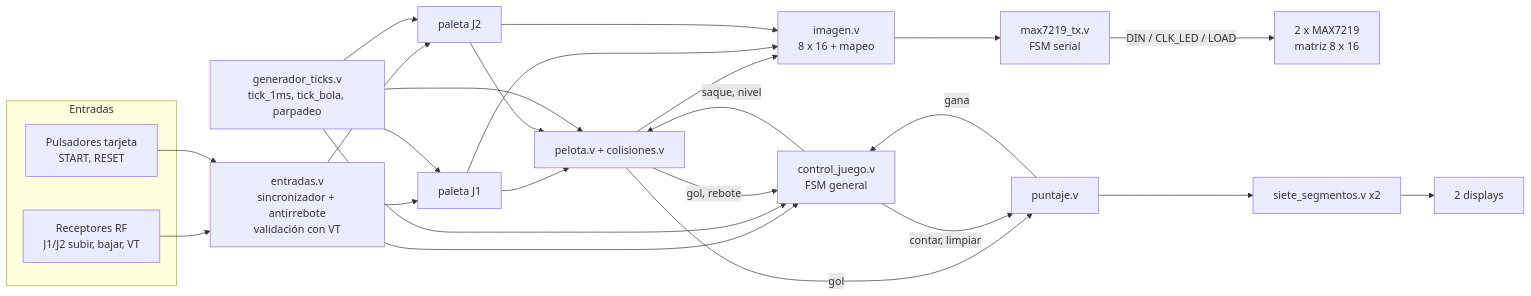
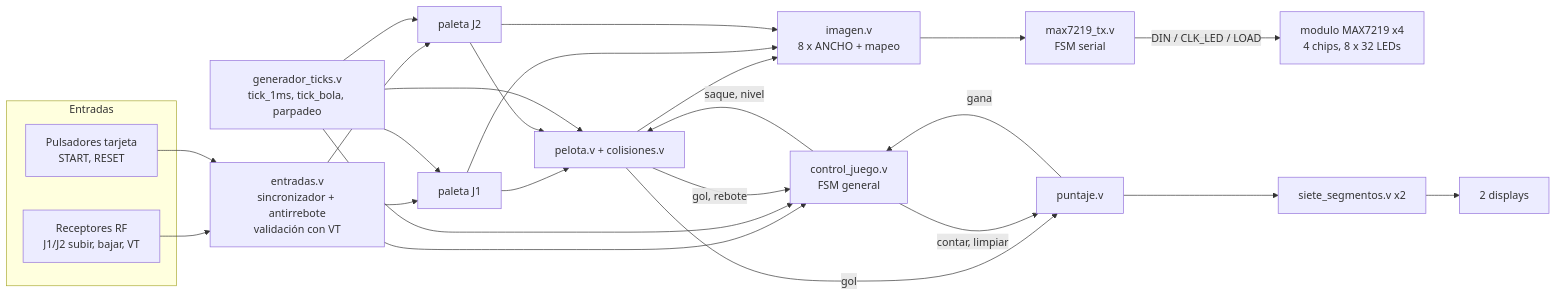
One commit to dcastrogon-coder/pong-fpga-digital1 changed the first of 3 diagrams in docs/diseno_logico.md. Above: the diagram before and after it, drawn with Mermaid. The commit also changed other lines of this file and 35 other files, not shown here.

````diff
--- a/docs/diseno_logico.md
+++ b/docs/diseno_logico.md
@@ -16,31 +17,31 @@
 ```mermaid
 flowchart LR
     subgraph Entradas
         RF[Receptores RF<br/>J1/J2 subir, bajar, VT]
         BT[Pulsadores tarjeta<br/>START, RESET]
     end
     RF --> ENT[entradas.v<br/>sincronizador + antirrebote<br/>validación con VT]
     BT --> ENT
     TICKS[generador_ticks.v<br/>tick_1ms, tick_bola, parpadeo]
     ENT --> PAL1[paleta J1]
     ENT --> PAL2[paleta J2]
     ENT --> FSM[control_juego.v<br/>FSM general]
     PAL1 --> PEL[pelota.v + colisiones.v]
     PAL2 --> PEL
     TICKS --> PEL
     TICKS --> PAL1
     TICKS --> PAL2
     TICKS --> FSM
     PEL -- gol, rebote --> FSM
     PEL -- gol --> PUN[puntaje.v]
     FSM -- contar, limpiar --> PUN
     PUN -- gana --> FSM
     FSM -- saque, nivel --> PEL
-    PEL --> IMG[imagen.v<br/>8 x 16 + mapeo]
+    PEL --> IMG[imagen.v<br/>8 x ANCHO + mapeo]
     PAL1 --> IMG
     PAL2 --> IMG
     IMG --> TX[max7219_tx.v<br/>FSM serial]
-    TX -- DIN / CLK_LED / LOAD --> MAX[2 x MAX7219<br/>matriz 8 x 16]
+    TX -- DIN / CLK_LED / LOAD --> MAX[modulo MAX7219 x4<br/>4 chips, 8 x 32 LEDs]
     PUN --> SEG[siete_segmentos.v x2]
     SEG --> DISP[2 displays]
 ```
````
